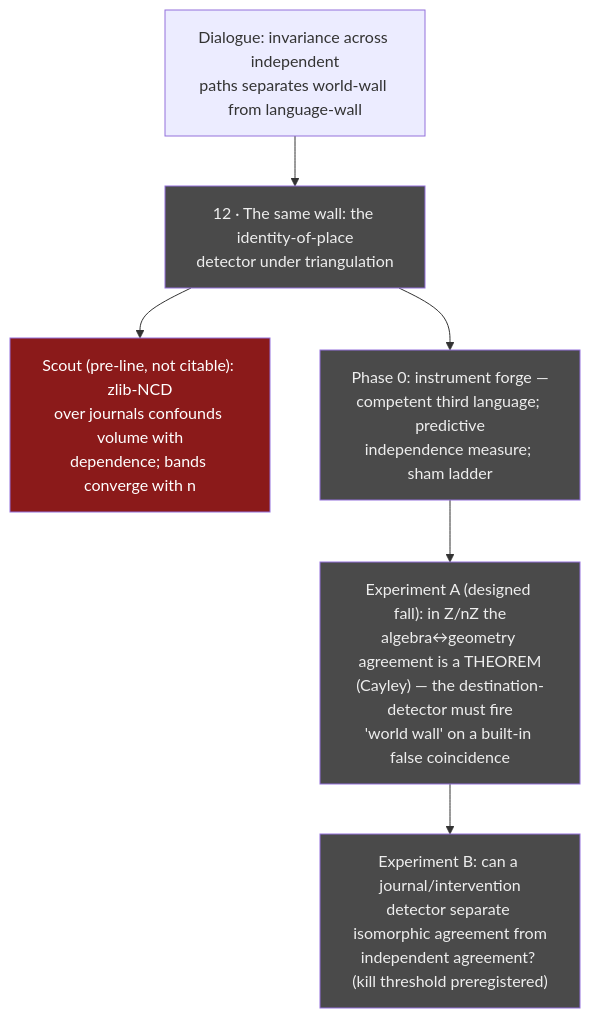
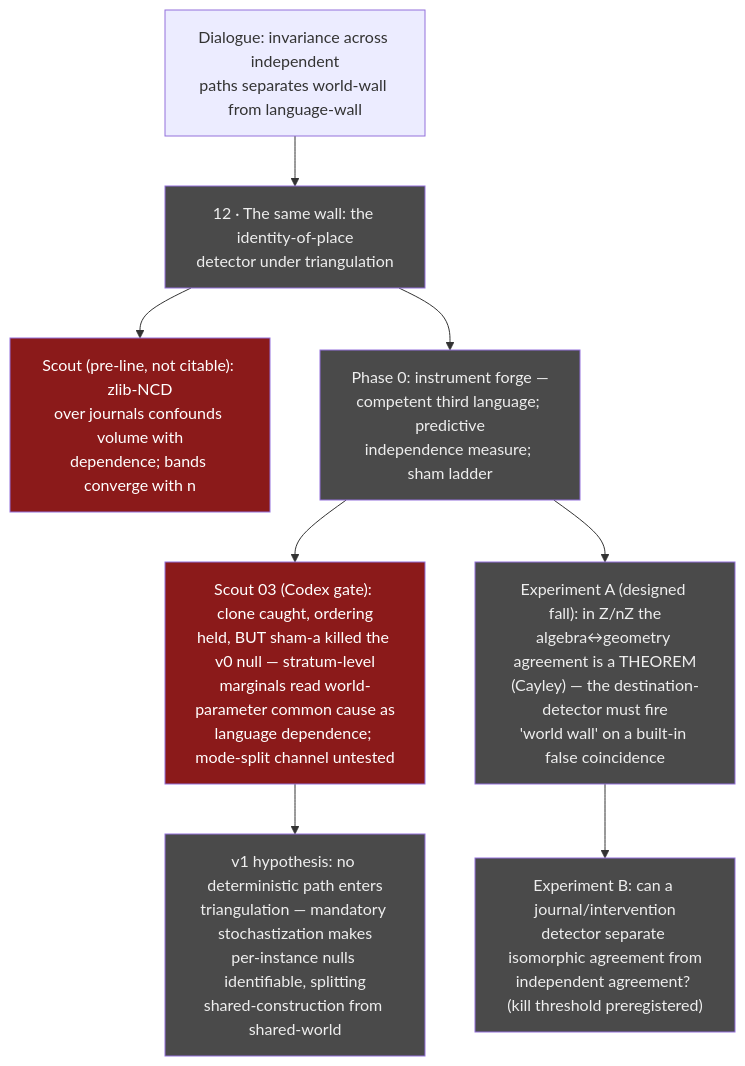
Before and after one commit to Kirill-Kruglov/ascesis: the diagram in ontology/lines/12-the-same-wall.md, drawn with Mermaid. The commit also changed other lines of this file and 1 other file, not shown here.

First line of the commit message:
Line 12 scout 03: Codex gate — v0 instrument fell, twice informative

````diff
--- a/ontology/lines/12-the-same-wall.md
+++ b/ontology/lines/12-the-same-wall.md
@@ -32,14 +32,16 @@
 ```mermaid
 flowchart TD
     classDef verified fill:#1a7f37,color:#fff
     classDef falsified fill:#8b1a1a,color:#fff
     classDef open fill:#4a4a4a,color:#eee
     classDef concl fill:#b8860b,color:#fff
 
     D["Dialogue: invariance across independent<br/>paths separates world-wall from language-wall"] --> Q
     Q["12 · The same wall: the identity-of-place<br/>detector under triangulation"]:::open
     Q --> S0["Scout (pre-line, not citable): zlib-NCD<br/>over journals confounds volume with<br/>dependence; bands converge with n"]:::falsified
     Q --> P0["Phase 0: instrument forge —<br/>competent third language; predictive<br/>independence measure; sham ladder"]:::open
+    P0 --> S3["Scout 03 (Codex gate): clone caught, ordering<br/>held, BUT sham-a killed the v0 null — stratum-level<br/>marginals read world-parameter common cause as<br/>language dependence; mode-split channel untested"]:::falsified
+    S3 --> V1["v1 hypothesis: no deterministic path enters<br/>triangulation — mandatory stochastization makes<br/>per-instance nulls identifiable, splitting<br/>shared-construction from shared-world"]:::open
     P0 --> EA["Experiment A (designed fall): in Z/nZ the<br/>algebra↔geometry agreement is a THEOREM<br/>(Cayley) — the destination-detector must fire<br/>'world wall' on a built-in false coincidence"]:::open
     EA --> EB["Experiment B: can a journal/intervention<br/>detector separate isomorphic agreement from<br/>independent agreement? (kill threshold preregistered)"]:::open
 ```
````
